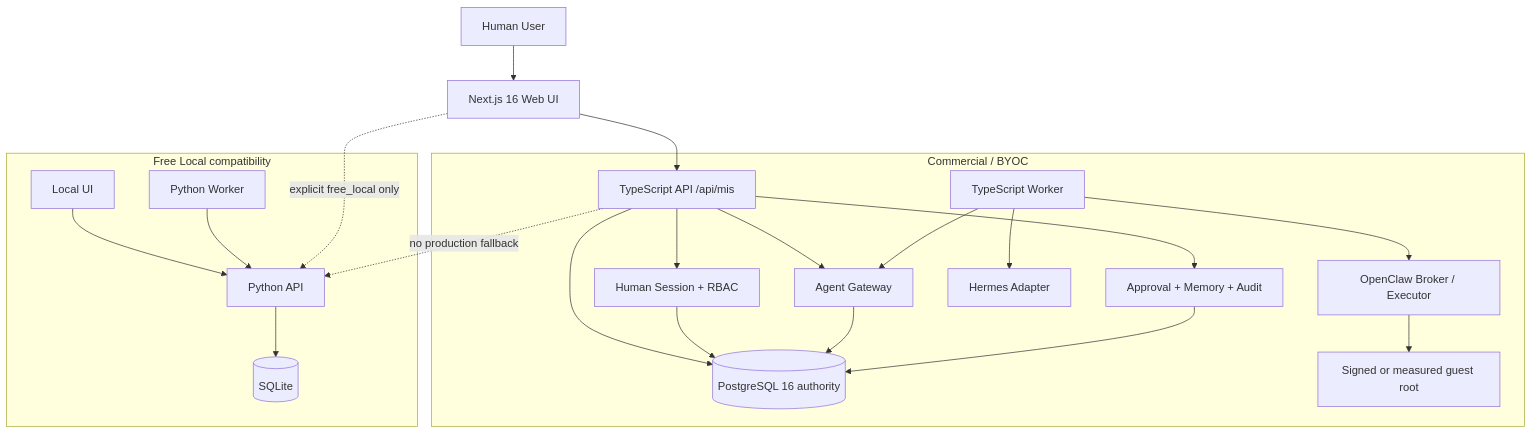
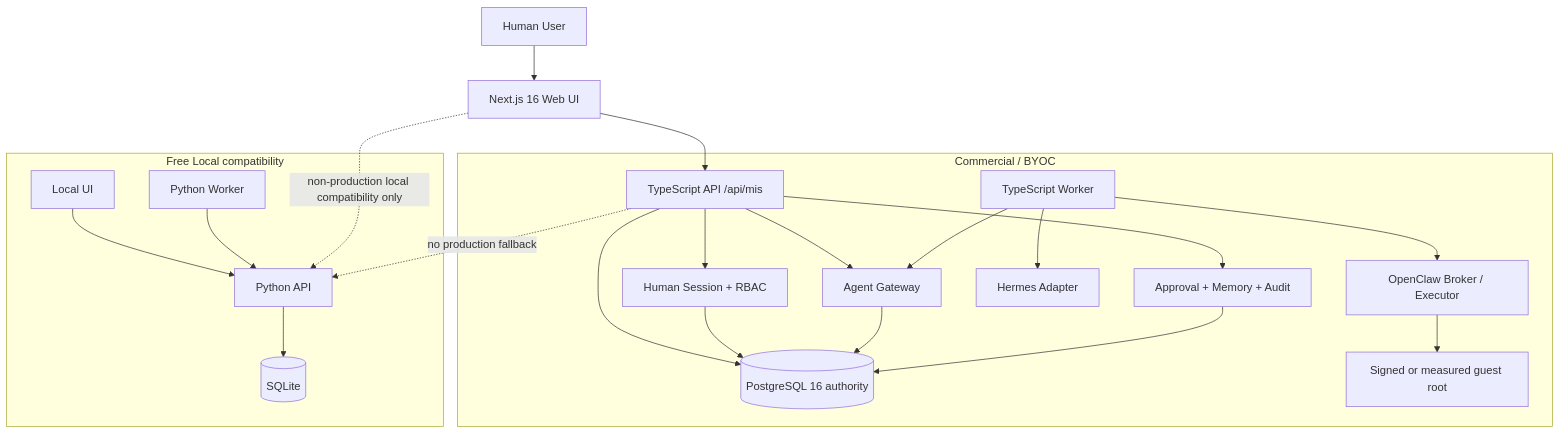
Before and after one commit to geogejoy107-jpg/agentops-mis-mvp: the first of 4 diagrams in docs/ARCHITECTURE.md, drawn with Mermaid. The commit also changed other lines of this file and 4 other files, not shown here.

Commit message:
Restrict Free Local Python proxy to loopback

````diff
--- a/docs/ARCHITECTURE.md
+++ b/docs/ARCHITECTURE.md
@@ -16,28 +16,28 @@
 ```mermaid
 flowchart TB
   U[Human User] --> UI[Next.js 16 Web UI]
   UI --> API[TypeScript API /api/mis]
 
   subgraph Commercial / BYOC
     API --> HS[Human Session + RBAC]
     API --> GW[Agent Gateway]
     API --> GOV[Approval + Memory + Audit]
     API --> PG[(PostgreSQL 16 authority)]
     HS --> PG
     GW --> PG
     GOV --> PG
     TW[TypeScript Worker] --> GW
     TW --> HA[Hermes Adapter]
     TW --> OA[OpenClaw Broker / Executor]
     OA --> GR[Signed or measured guest root]
   end
 
   subgraph Free Local compatibility
     FLUI[Local UI] --> PY[Python API]
     PY --> SQ[(SQLite)]
     FLW[Python Worker] --> PY
   end
 
-  UI -. explicit free_local only .-> PY
+  UI -. non-production local compatibility only .-> PY
   API -. no production fallback .-> PY
 ```
````
